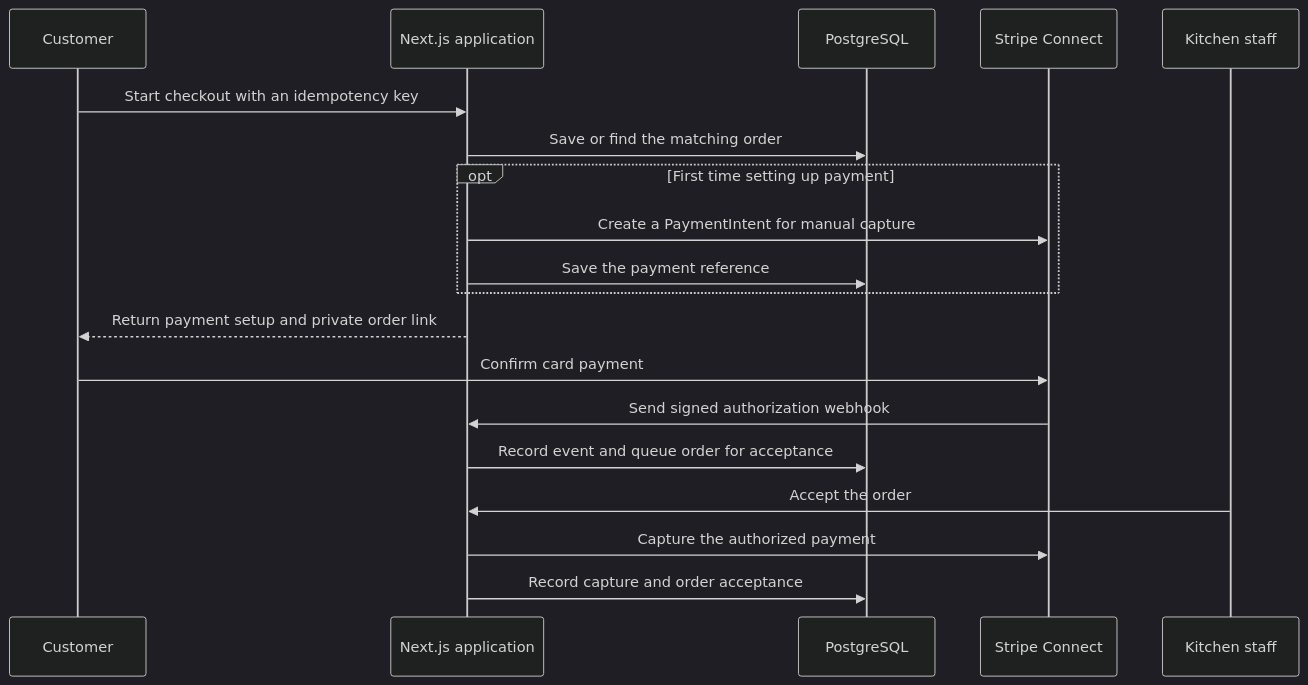
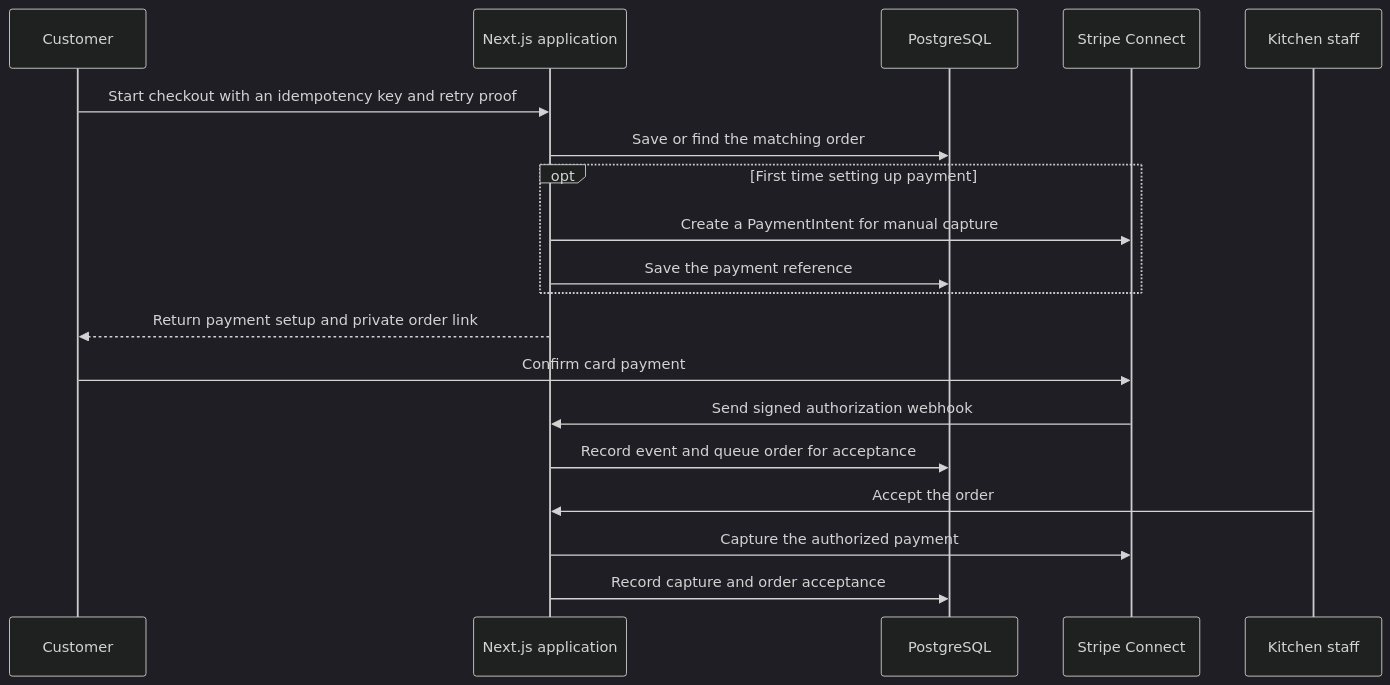
One commit to mangpijasuan/STEOS changed the first of 2 diagrams in docs/architecture.md. Above: the diagram before and after it, drawn with Mermaid (dark theme). The commit also changed other lines of this file and 1 other file, not shown here.

First line of the commit message:
Update the architecture guide for the integrated application

````diff
--- a/docs/architecture.md
+++ b/docs/architecture.md
@@ -24,22 +64,22 @@
 ```mermaid
 sequenceDiagram
     participant Customer
     participant App as Next.js application
     participant DB as PostgreSQL
     participant Stripe as Stripe Connect
     participant Kitchen as Kitchen staff
 
-    Customer->>App: Start checkout with an idempotency key
+    Customer->>App: Start checkout with an idempotency key and retry proof
     App->>DB: Save or find the matching order
     opt First time setting up payment
         App->>Stripe: Create a PaymentIntent for manual capture
         App->>DB: Save the payment reference
     end
     App-->>Customer: Return payment setup and private order link
     Customer->>Stripe: Confirm card payment
     Stripe->>App: Send signed authorization webhook
     App->>DB: Record event and queue order for acceptance
     Kitchen->>App: Accept the order
     App->>Stripe: Capture the authorized payment
     App->>DB: Record capture and order acceptance
 ```
````
